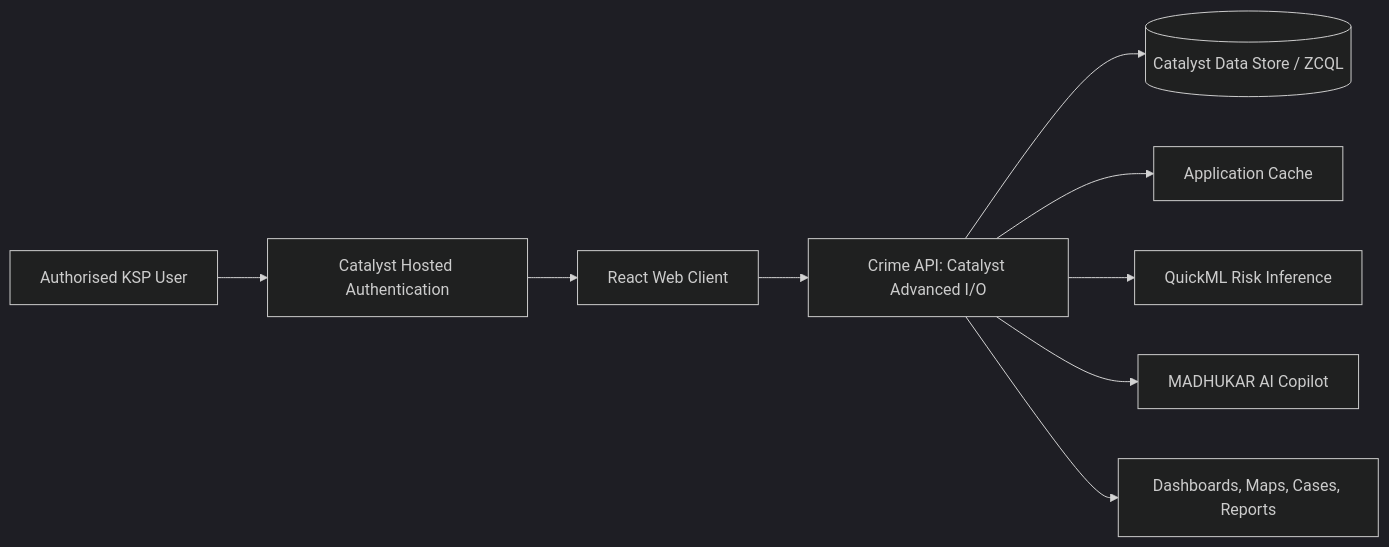
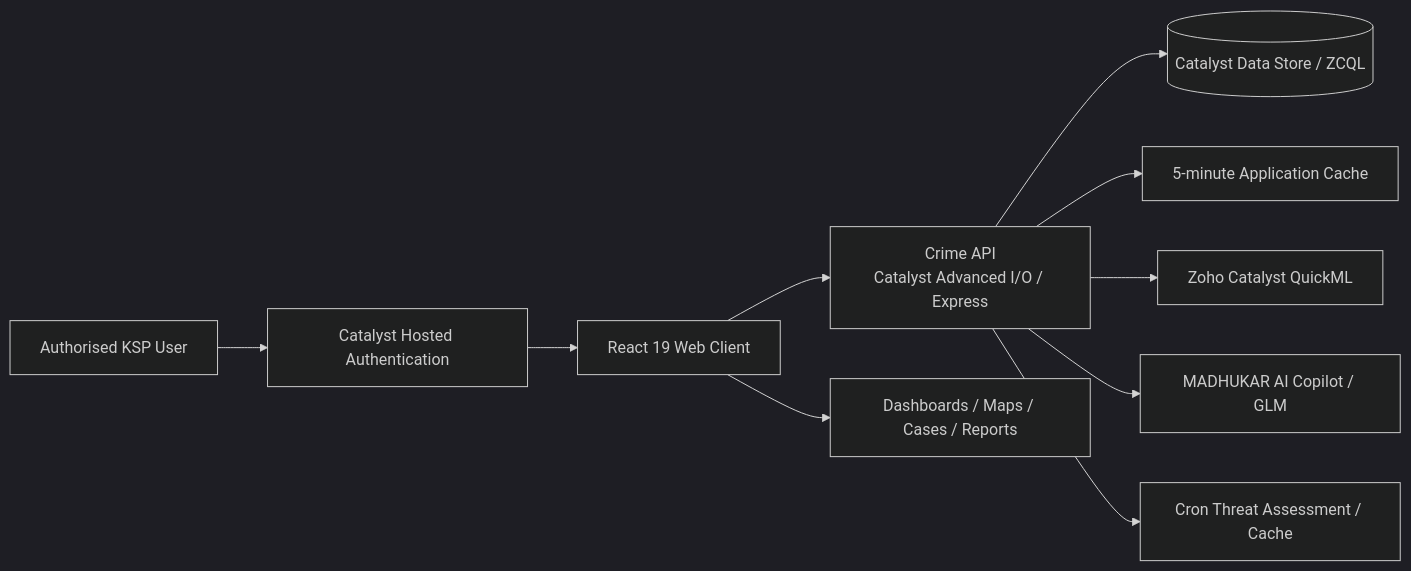
Before and after one commit to Kabilan2509/Crime_Analytics_Dashboard: the diagram in README.md, drawn with Mermaid (dark theme). The commit also changed other lines of this file and 11 other files, not shown here.

````diff
--- a/README.md
+++ b/README.md
@@ -37,11 +39,12 @@
 ```mermaid
 flowchart LR
     U[Authorised KSP User] --> A[Catalyst Hosted Authentication]
-    A --> C[React Web Client]
-    C --> API[Crime API: Catalyst Advanced I/O]
-    API --> D[(Catalyst Data Store / ZCQL)]
-    API --> Cache[Application Cache]
-    API --> ML[QuickML Risk Inference]
-    API --> AI[MADHUKAR AI Copilot]
-    API --> R[Dashboards, Maps, Cases, Reports]
+    A --> C[React 19 Web Client]
+    C --> API[Crime API<br/>Catalyst Advanced I/O / Express]
+    API --> DS[(Catalyst Data Store / ZCQL)]
+    API --> CACHE[5-minute Application Cache]
+    API --> ML[Zoho Catalyst QuickML]
+    API --> AI[MADHUKAR AI Copilot / GLM]
+    API --> ALERTS[Cron Threat Assessment / Cache]
+    C --> OUT[Dashboards / Maps / Cases / Reports]
 ```
````
